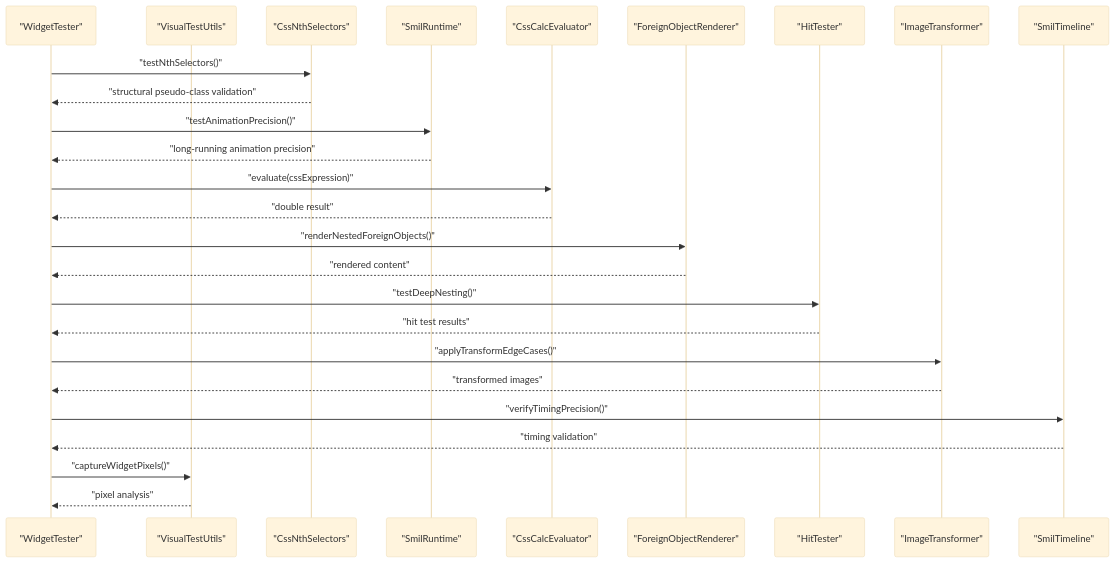
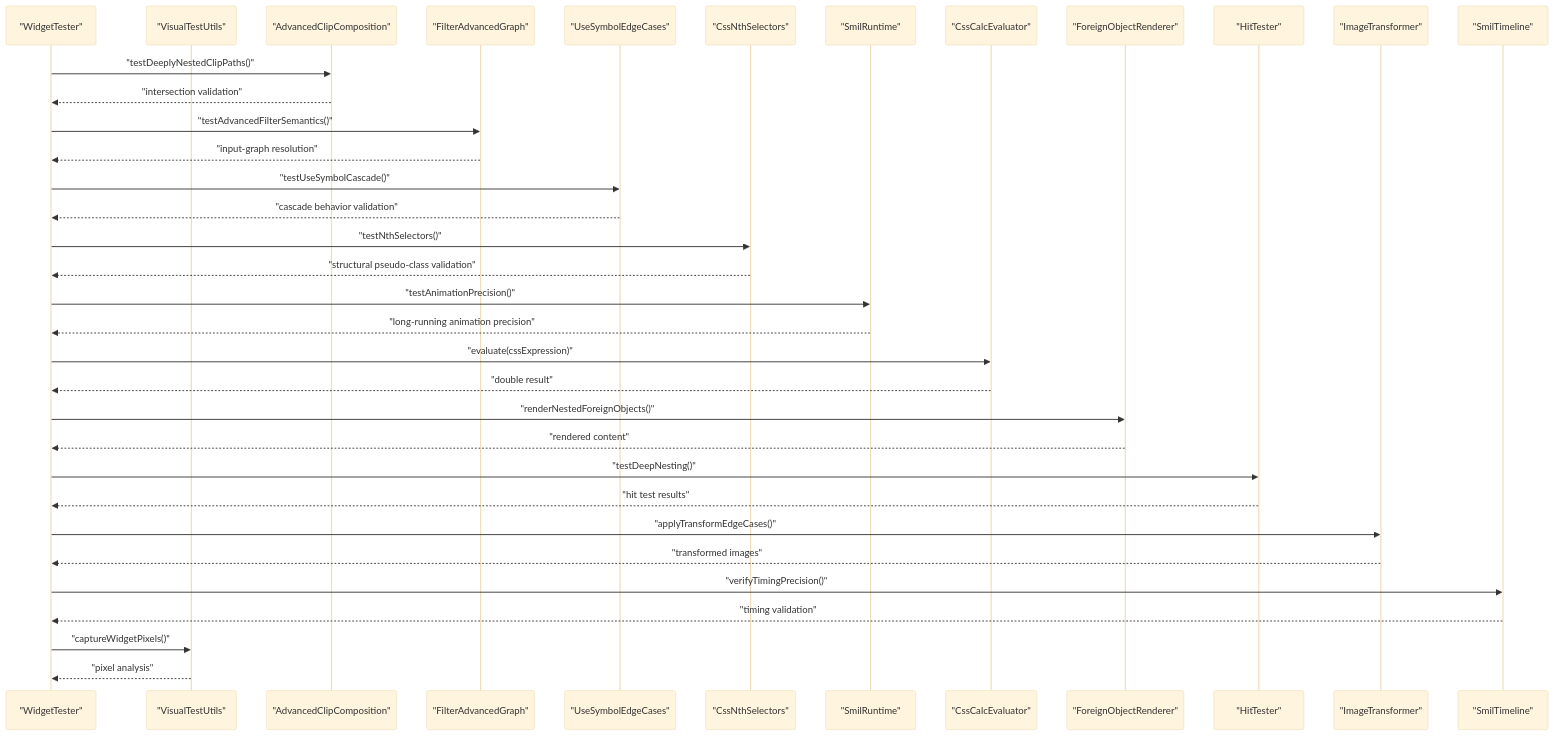
One commit to denisnadey/flutter_full_svg_support changed the second of 21 diagrams in .qoder/repowiki/en/content/Testing Suite Updates.md. Above: the diagram before and after it, drawn with Mermaid (base theme). The commit also changed other lines of this file and 30 other files, not shown here.

````diff
--- a/.qoder/repowiki/en/content/Testing Suite Updates.md
+++ b/.qoder/repowiki/en/content/Testing Suite Updates.md
@@ -247,28 +283,37 @@
 ```mermaid
 sequenceDiagram
 participant T as "WidgetTester"
 participant U as "VisualTestUtils"
+participant ACC as "AdvancedClipComposition"
+participant FAG as "FilterAdvancedGraph"
+participant USE as "UseSymbolEdgeCases"
 participant CNST as "CssNthSelectors"
 participant SART as "SmilRuntime"
 participant CE as "CssCalcEvaluator"
 participant FO as "ForeignObjectRenderer"
 participant HT as "HitTester"
 participant IT as "ImageTransformer"
 participant ST as "SmilTimeline"
+T->>ACC : "testDeeplyNestedClipPaths()"
+ACC-->>T : "intersection validation"
+T->>FAG : "testAdvancedFilterSemantics()"
+FAG-->>T : "input-graph resolution"
+T->>USE : "testUseSymbolCascade()"
+USE-->>T : "cascade behavior validation"
 T->>CNST : "testNthSelectors()"
 CNST-->>T : "structural pseudo-class validation"
 T->>SART : "testAnimationPrecision()"
 SART-->>T : "long-running animation precision"
 T->>CE : "evaluate(cssExpression)"
 CE-->>T : "double result"
 T->>FO : "renderNestedForeignObjects()"
 FO-->>T : "rendered content"
 T->>HT : "testDeepNesting()"
 HT-->>T : "hit test results"
 T->>IT : "applyTransformEdgeCases()"
 IT-->>T : "transformed images"
 T->>ST : "verifyTimingPrecision()"
 ST-->>T : "timing validation"
 T->>U : "captureWidgetPixels()"
 U-->>T : "pixel analysis"
 ```
````
